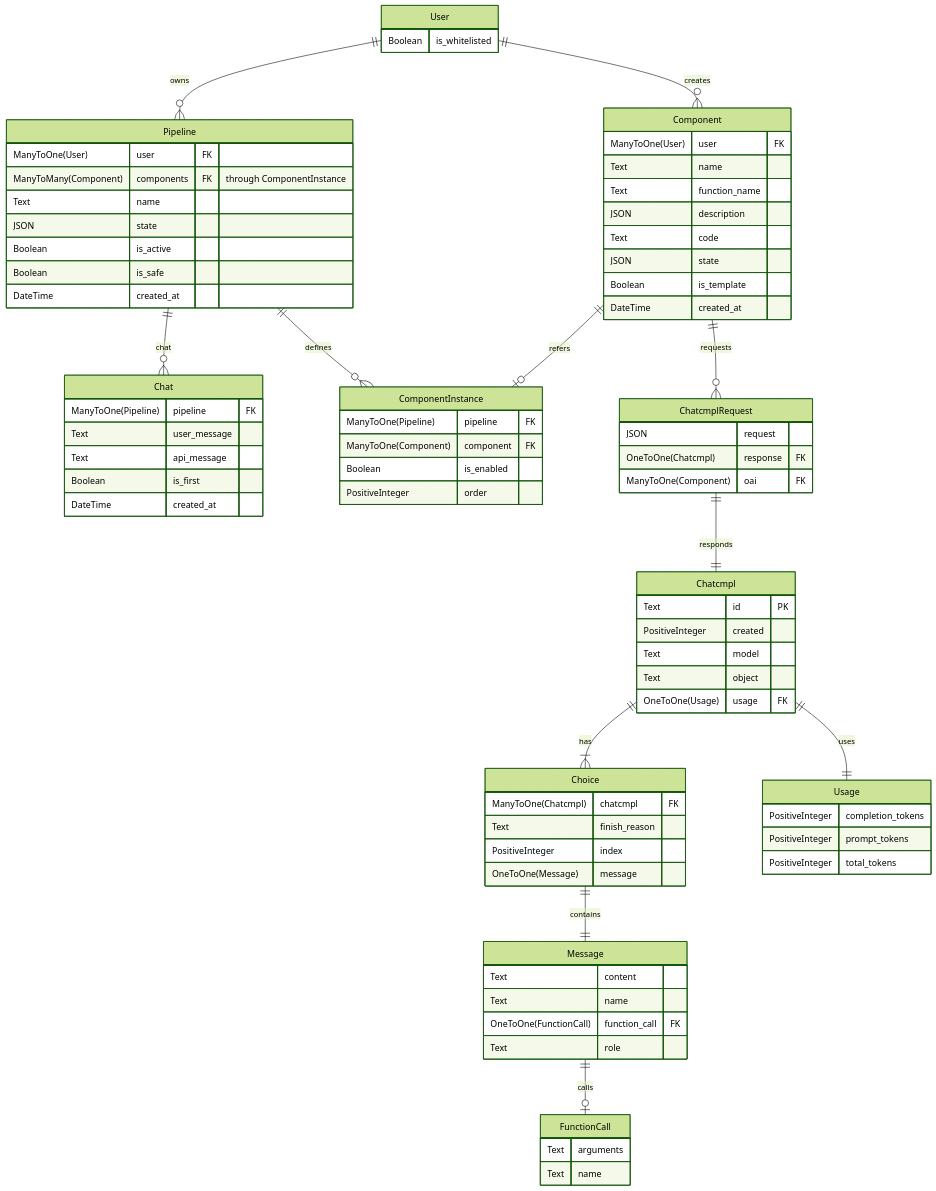
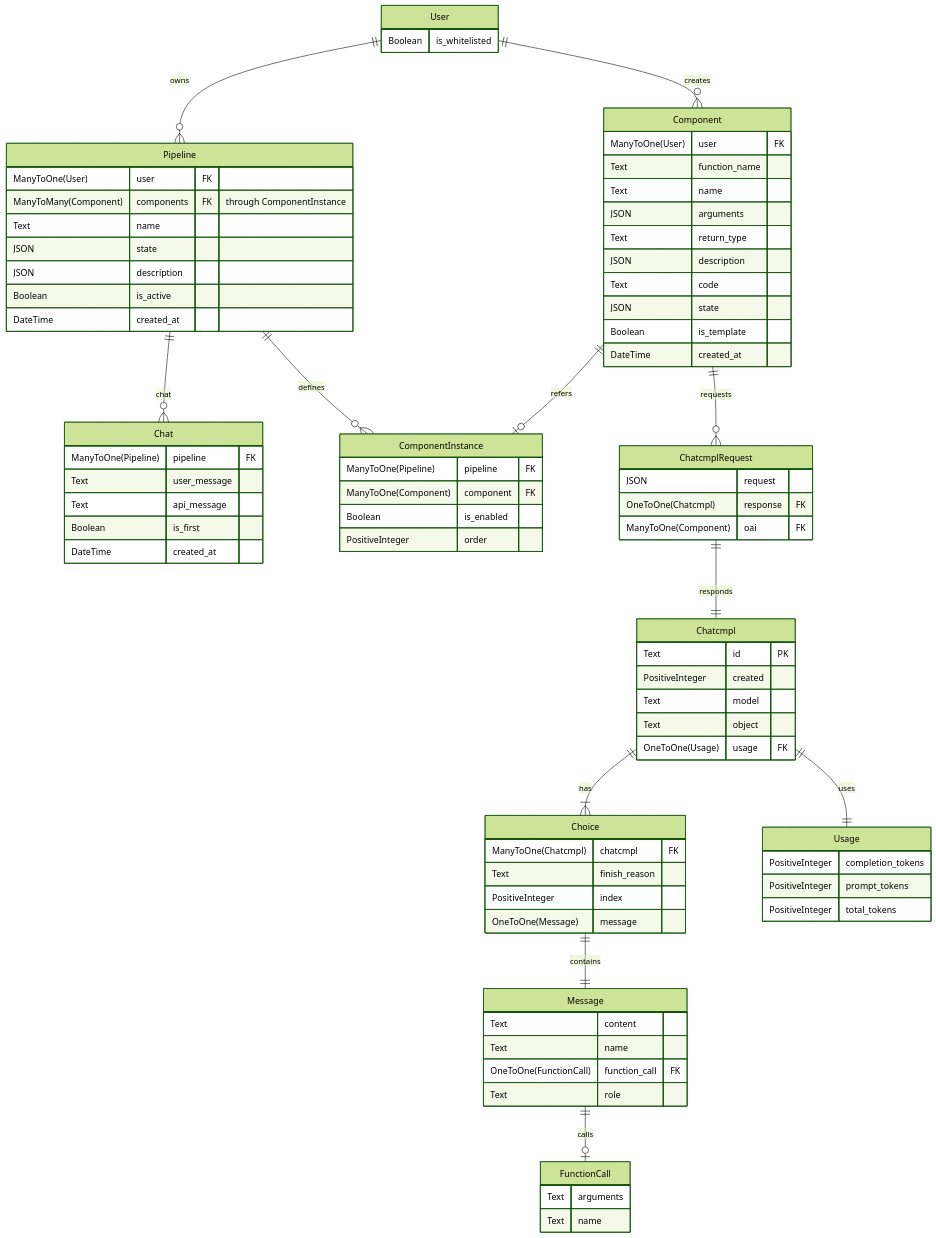
One commit to LioQing/chat-composer changed the diagram in README.md. Above: the diagram before and after it, drawn with Mermaid (forest theme). The commit also changed 11 other files, not shown here.

Commit message:
Add pipeline description and component arguments

```diff
--- a/README.md
+++ b/README.md
@@ -13,8 +13,10 @@
 
     Component {
         ManyToOne(User) user FK
+        Text function_name
         Text name
-        Text function_name
+        JSON arguments
+        Text return_type
         JSON description
         Text code
         JSON state
@@ -27,8 +29,8 @@
         ManyToMany(Component) components FK "through ComponentInstance"
         Text name
         JSON state
+        JSON description
         Boolean is_active
-        Boolean is_safe
         DateTime created_at
     }
 
```
